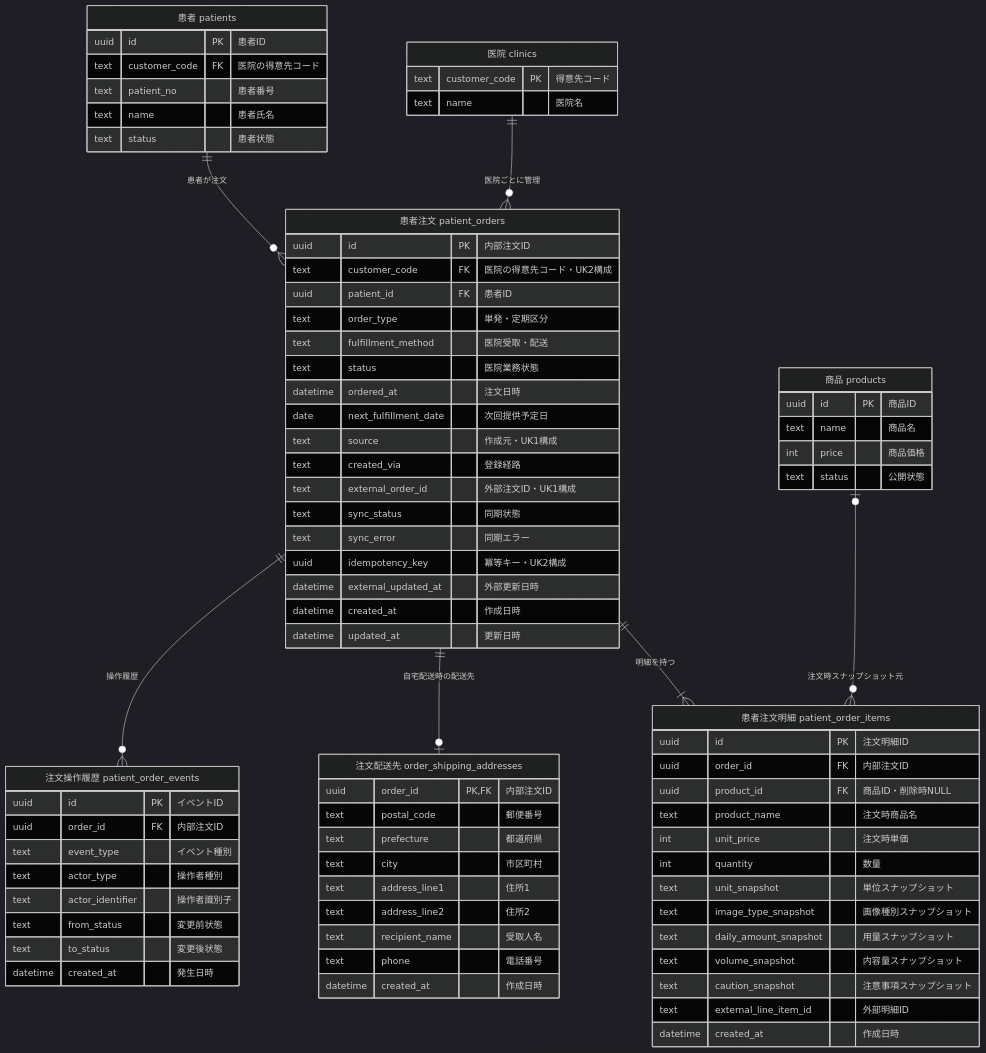
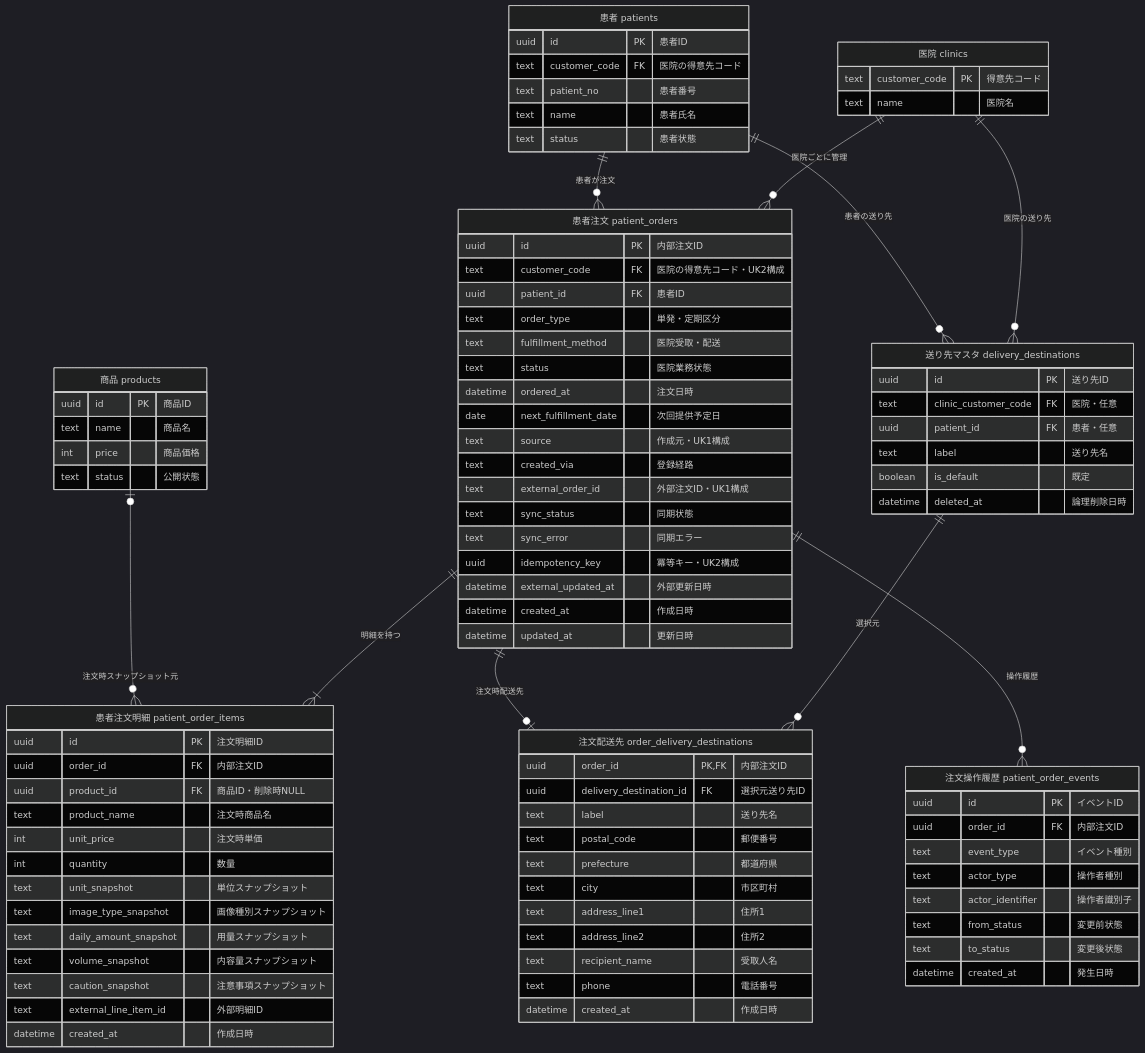
One commit to masashi-sketch/dental-portal changed the third of 4 diagrams in project_clinic_order_management_design.md. Above: the diagram before and after it, drawn with Mermaid (dark theme). The commit also changed other lines of this file and 27 other files, not shown here.

Commit message:
feat: add multiple delivery destinations

```diff
--- a/project_clinic_order_management_design.md
+++ b/project_clinic_order_management_design.md
@@ -265,7 +272,10 @@
   CLINICS ||--o{ PATIENT_ORDERS : "医院ごとに管理"
   PATIENTS ||--o{ PATIENT_ORDERS : "患者が注文"
   PATIENT_ORDERS ||--|{ PATIENT_ORDER_ITEMS : "明細を持つ"
-  PATIENT_ORDERS ||--o| ORDER_SHIPPING_ADDRESSES : "自宅配送時の配送先"
+  CLINICS ||--o{ DELIVERY_DESTINATIONS : "医院の送り先"
+  PATIENTS ||--o{ DELIVERY_DESTINATIONS : "患者の送り先"
+  DELIVERY_DESTINATIONS ||--o{ ORDER_DELIVERY_DESTINATIONS : "選択元"
+  PATIENT_ORDERS ||--o| ORDER_DELIVERY_DESTINATIONS : "注文時配送先"
   PATIENT_ORDERS ||--o{ PATIENT_ORDER_EVENTS : "操作履歴"
   PRODUCTS o|--o{ PATIENT_ORDER_ITEMS : "注文時スナップショット元"
 
@@ -325,8 +335,19 @@
     datetime created_at "作成日時"
   }
 
-  ORDER_SHIPPING_ADDRESSES["注文配送先 order_shipping_addresses"] {
+  DELIVERY_DESTINATIONS["送り先マスタ delivery_destinations"] {
+    uuid id PK "送り先ID"
+    text clinic_customer_code FK "医院・任意"
+    uuid patient_id FK "患者・任意"
+    text label "送り先名"
+    boolean is_default "既定"
+    datetime deleted_at "論理削除日時"
+  }
+
+  ORDER_DELIVERY_DESTINATIONS["注文配送先 order_delivery_destinations"] {
     uuid order_id PK,FK "内部注文ID"
+    uuid delivery_destination_id FK "選択元送り先ID"
+    text label "送り先名"
     text postal_code "郵便番号"
     text prefecture "都道府県"
     text city "市区町村"
```
